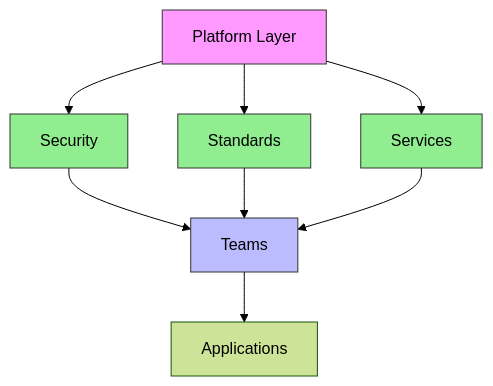
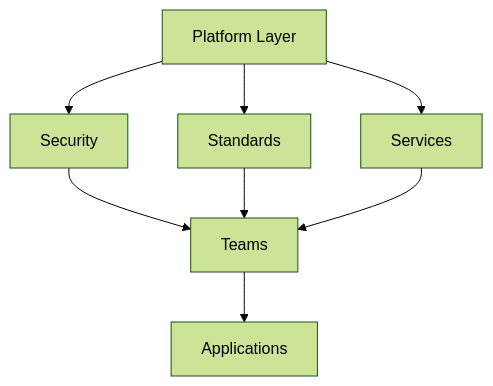
Before and after one commit to voioo/iac-pulumi-seminar: the third of 6 diagrams in pages/section-5.md, drawn with Mermaid (forest theme). The commit also changed other lines of this file and 6 other files, not shown here.

````diff
--- a/pages/section-5.md
+++ b/pages/section-5.md
@@ -195,16 +185,10 @@
 ```mermaid {scale: 0.7}
 flowchart TD
     P[Platform Layer] --> S1[Security]
     P --> S2[Standards]
     P --> S3[Services]
     S1 --> T[Teams]
     S2 --> T
     S3 --> T
     T --> A[Applications]
-    style P fill:#f9f,stroke:#333
-    style T fill:#bbf,stroke:#333
-    style S1 fill:#90EE90,stroke:#333
-    style S2 fill:#90EE90,stroke:#333
-    style S3 fill:#90EE90,stroke:#333
-
 ```
````
